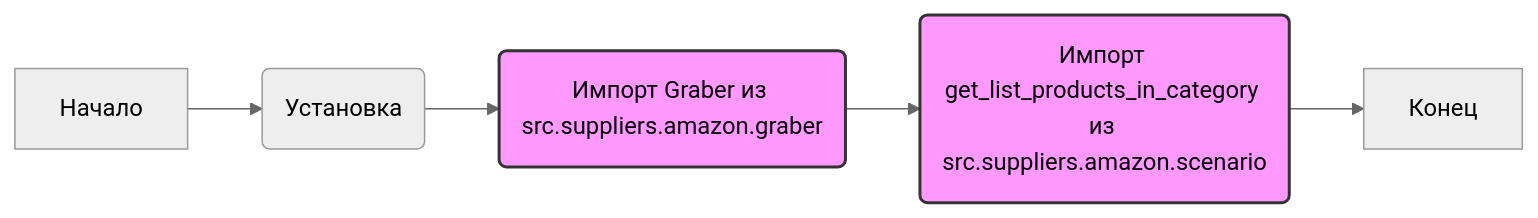
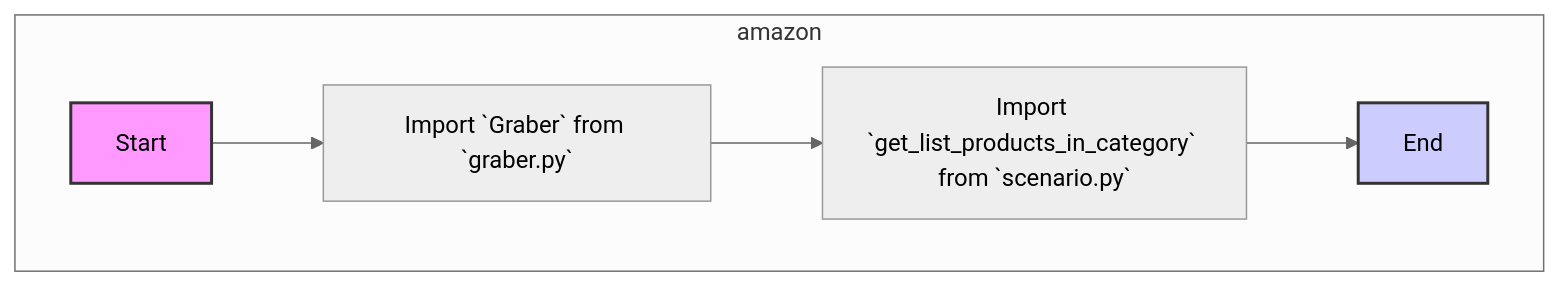
One commit to hypo69/hypo changed the diagram in docs/gemini/ru/explainer/src/suppliers/amazon/__init__.py.md. Above: the diagram before and after it, drawn with Mermaid (neutral theme). The commit also changed other lines of this file and 596 other files, not shown here.

````diff
--- a/docs/gemini/ru/explainer/src/suppliers/amazon/__init__.py.md
+++ b/docs/gemini/ru/explainer/src/suppliers/amazon/__init__.py.md
@@ -22,10 +17,11 @@
 ```mermaid
-graph LR
-    A[Начало] --> B(Установка );
-    B --> C(Импорт Graber из src.suppliers.amazon.graber);
-    C --> D(Импорт get_list_products_in_category из src.suppliers.amazon.scenario);
-    D --> E[Конец];
-    
-    classDef import fill:#f9f,stroke:#333,stroke-width:2px;
-    class C,D import;
+flowchart TD
+    subgraph amazon
+        Start[Start] --> ImportGraber[Import `Graber` from `graber.py`];
+        ImportGraber --> ImportGetListProducts[Import `get_list_products_in_category` from `scenario.py`];
+        ImportGetListProducts --> End[End];
+    end
+
+    style Start fill:#f9f,stroke:#333,stroke-width:2px
+    style End fill:#ccf,stroke:#333,stroke-width:2px
 ```
````
